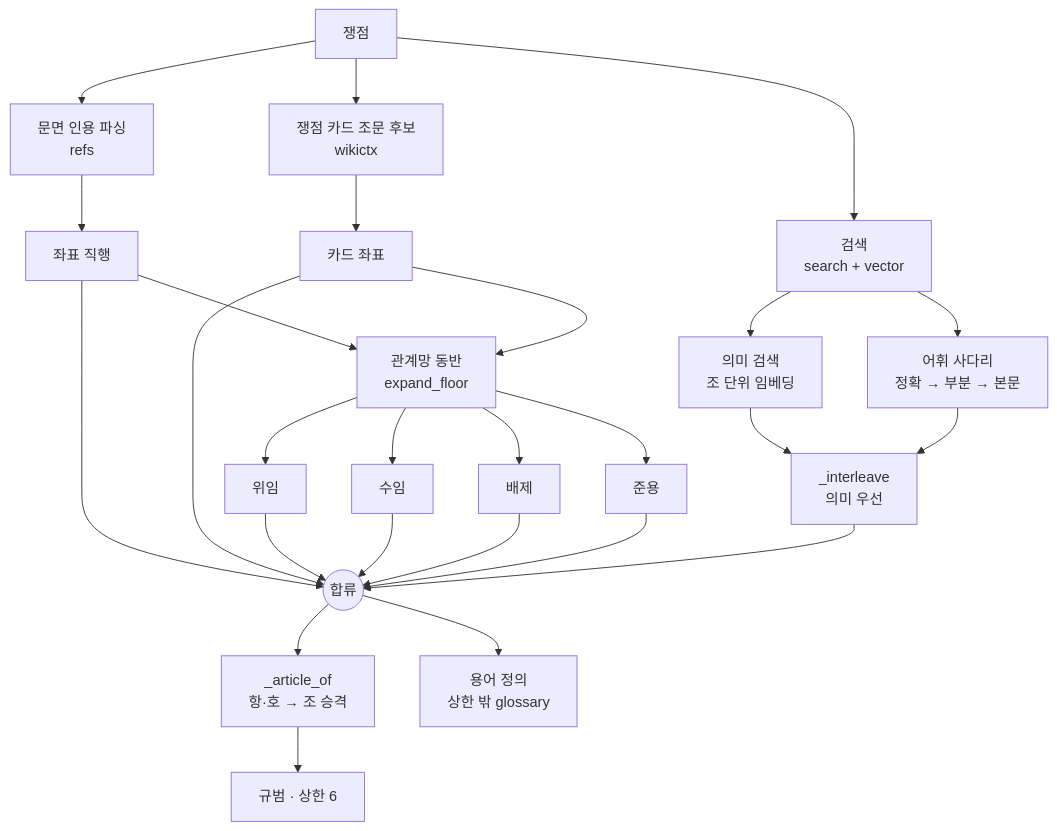
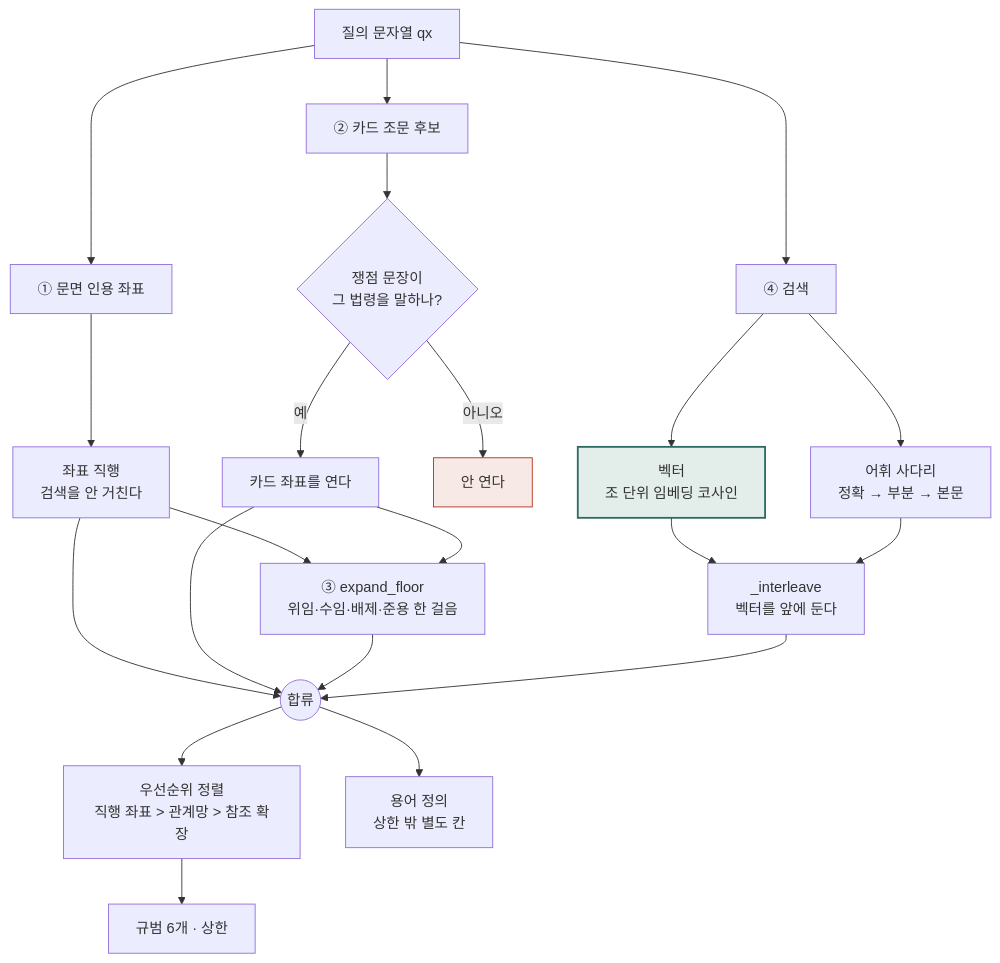
One commit to Fromson99/8agent changed the seventh of 9 diagrams in docs/ARCH_SYSTEM.md. Above: the diagram before and after it, drawn with Mermaid. The commit also changed other lines of this file and 2 other files, not shown here.

````diff
--- a/docs/ARCH_SYSTEM.md
+++ b/docs/ARCH_SYSTEM.md
@@ -166,29 +335,26 @@
 ```mermaid
 flowchart TB
-  Q["쟁점"]
-  Q --> B1["문면 인용 파싱<br/>refs"]
-  Q --> B2["쟁점 카드 조문 후보<br/>wikictx"]
-  Q --> B4["검색<br/>search + vector"]
-  B1 --> C1["좌표 직행"]
-  B2 --> C2["카드 좌표"]
+  QX["질의 문자열 qx"]
+  QX --> B1["① 문면 인용 좌표"]
+  QX --> B2["② 카드 조문 후보"]
+  QX --> B4["④ 검색"]
+  B1 --> C1["좌표 직행<br/>검색을 안 거친다"]
+  B2 --> SC{"쟁점 문장이<br/>그 법령을 말하나?"}
+  SC -->|"예"| C2["카드 좌표를 연다"]
+  SC -->|"아니오"| SK["안 연다"]
   B4 --> L["어휘 사다리<br/>정확 → 부분 → 본문"]
-  B4 --> V["의미 검색<br/>조 단위 임베딩"]
-  V --> IL["_interleave<br/>의미 우선"]
+  B4 --> V["벡터<br/>조 단위 임베딩 코사인"]
+  V --> IL["_interleave<br/>벡터를 앞에 둔다"]
   L --> IL
-  C1 --> FL["관계망 동반<br/>expand_floor"]
+  C1 --> FL["③ expand_floor<br/>위임·수임·배제·준용 한 걸음"]
   C2 --> FL
-  FL --> E1["위임"]
-  FL --> E2["수임"]
-  FL --> E3["배제"]
-  FL --> E4["준용"]
   C1 --> M(("합류"))
   C2 --> M
-  E1 --> M
-  E2 --> M
-  E3 --> M
-  E4 --> M
+  FL --> M
   IL --> M
-  M --> AR["_article_of<br/>항·호 → 조 승격"]
-  AR --> K["규범 · 상한 6"]
-  M --> G["용어 정의<br/>상한 밖 glossary"]
+  M --> SORT["우선순위 정렬<br/>직행 좌표 > 관계망 > 참조 확장"]
+  SORT --> K["규범 6개 · 상한"]
+  M --> G["용어 정의<br/>상한 밖 별도 칸"]
+  style V fill:#E3EDEA,stroke:#2C6B60,stroke-width:2px
+  style SK fill:#F7EAE6,stroke:#B8321C
 ```
````
